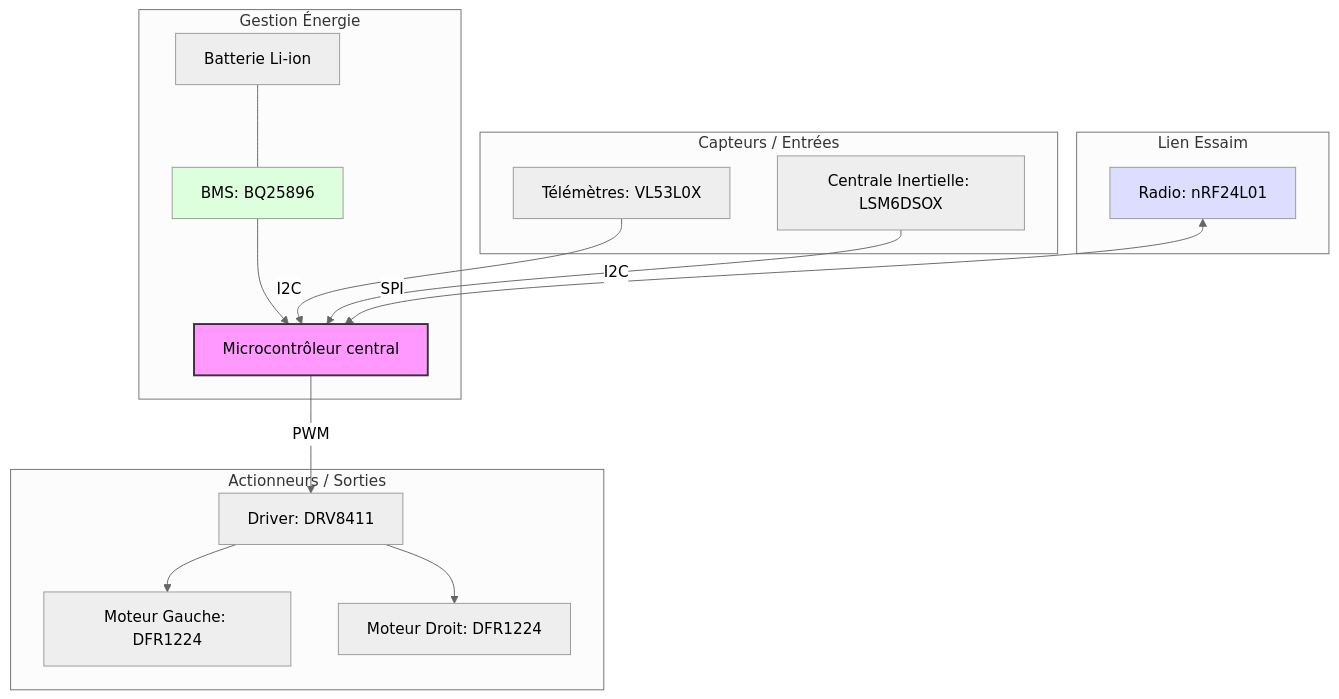
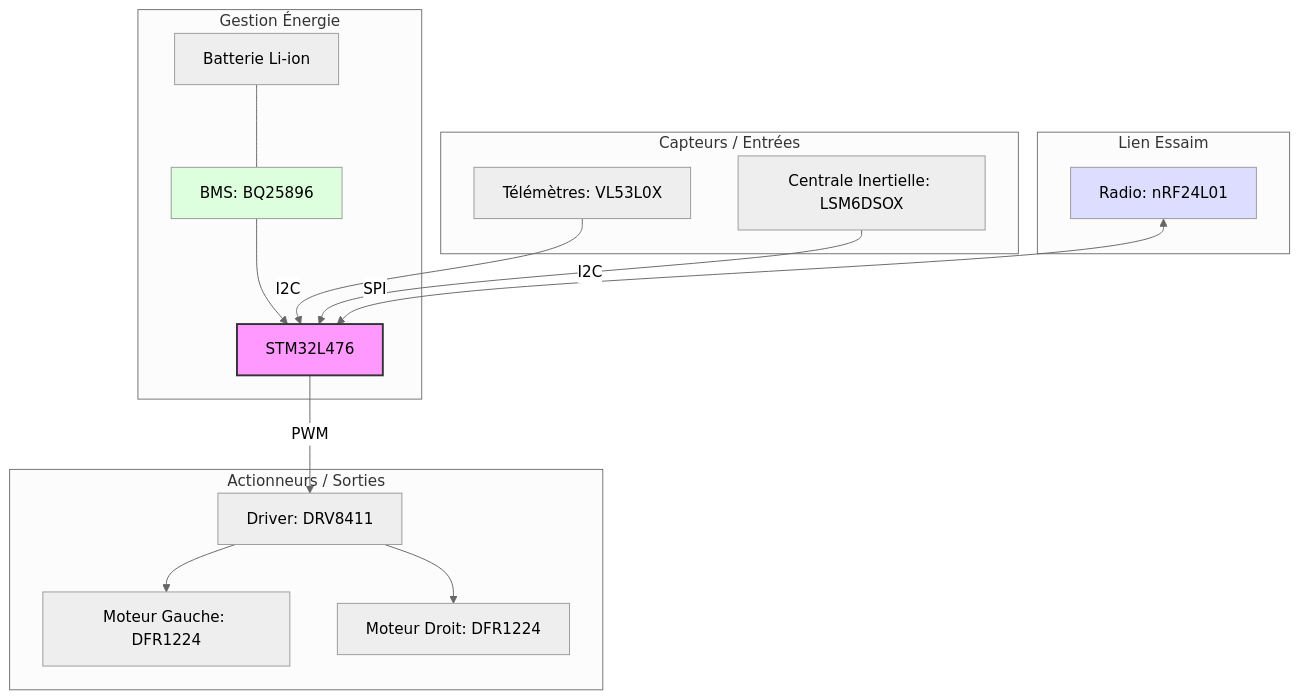
One commit to theocond48/2526_Projet1A_PcBot_G5 changed the diagram in README.md. Above: the diagram before and after it, drawn with Mermaid (neutral theme). The commit also changed other lines of this file, not shown here.

````diff
--- a/README.md
+++ b/README.md
@@ -87,31 +87,31 @@
 ```mermaid
 graph TD
     %% Alimentation
     subgraph Power_System [Gestion Énergie]
         BAT[Batterie Li-ion] --- BMS[BMS: BQ25896]
-        BMS --> MCU[Microcontrôleur central]
+        BMS --> MCU[STM32L476]
     end
 
     %% Capteurs
     subgraph Perception [Capteurs / Entrées]
         TOF[Télémètres: VL53L0X] -- I2C --> MCU
         IMU[Centrale Inertielle: LSM6DSOX] -- I2C --> MCU
     end
 
     %% Communication
     subgraph Comms [Lien Essaim]
         nRF[Radio: nRF24L01] <-->|SPI| MCU
     end
 
     %% Actionneurs
     subgraph Motion [Actionneurs / Sorties]
         MCU -- PWM --> DRV[Driver: DRV8411]
         DRV --> M1[Moteur Gauche: DFR1224]
         DRV --> M2[Moteur Droit: DFR1224]
     end
 
     %% Styles
     style MCU fill:#f9f,stroke:#333,stroke-width:2px
     style BMS fill:#dfd
     style nRF fill:#ddf
 ```
````
